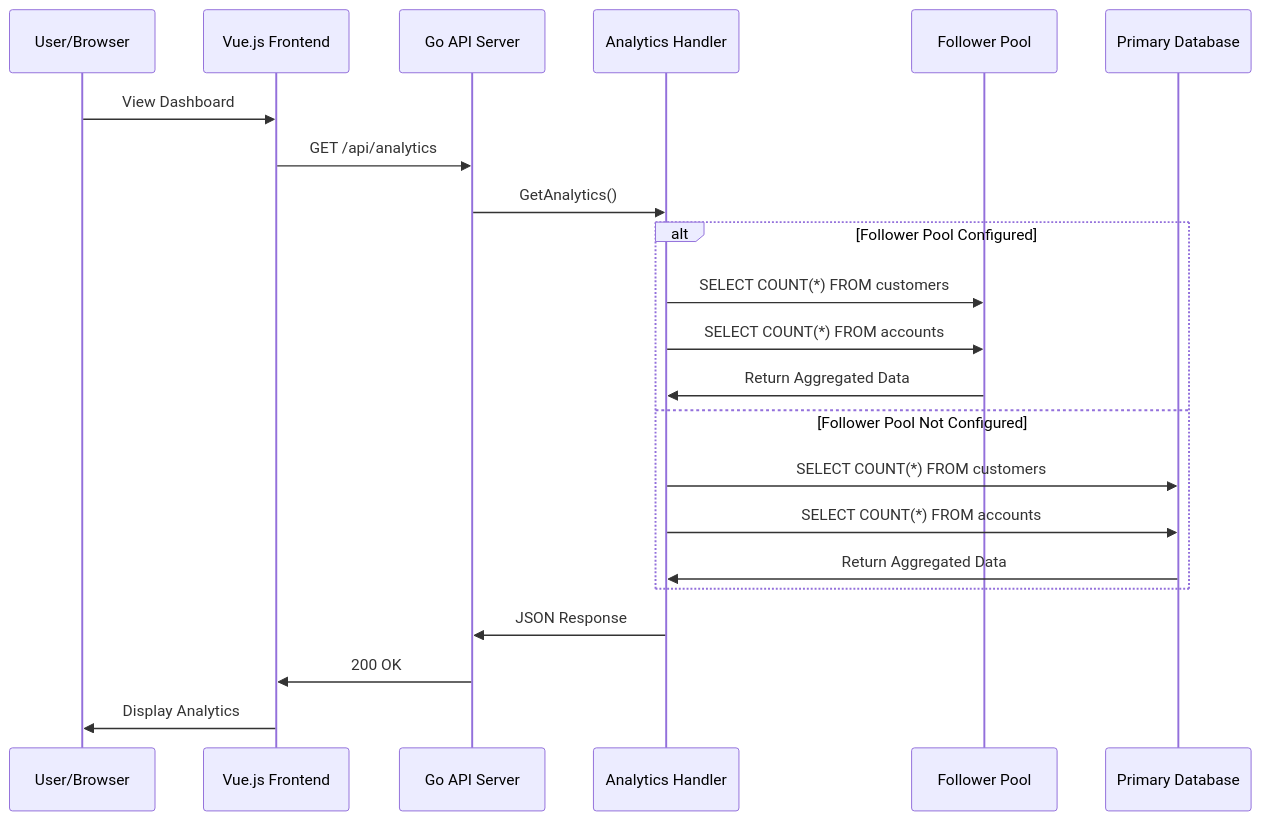
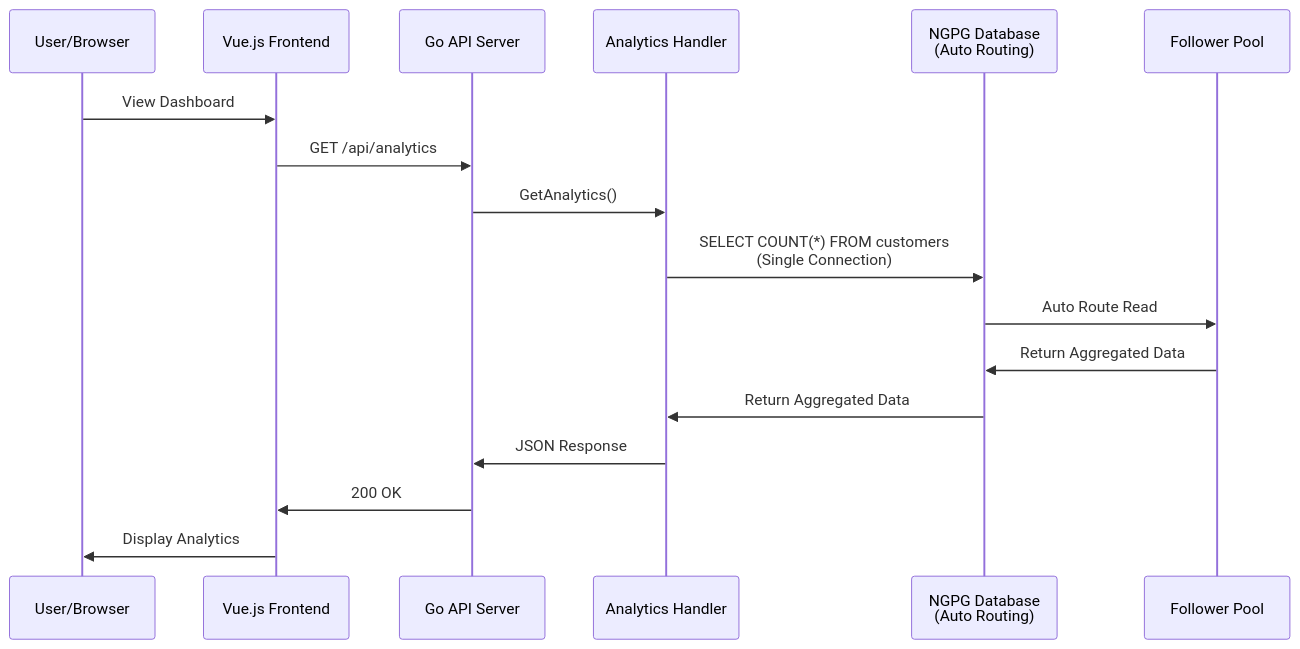
The tenth of 18 diagrams in ARCHITECTURE.md (heroku-examples/saas-go-app), drawn with Mermaid before and after one commit. The commit also changed other lines of this file, not shown here.

````diff
--- a/ARCHITECTURE.md
+++ b/ARCHITECTURE.md
@@ -365,27 +444,22 @@
 ```mermaid
 sequenceDiagram
     participant User as User/Browser
     participant Frontend as Vue.js Frontend
     participant API as Go API Server
     participant Handler as Analytics Handler
-    participant FollowerDB as Follower Pool
-    participant PrimaryDB as Primary Database
+    participant NGPG as NGPG Database<br/>(Auto Routing)
+    participant Follower as Follower Pool
     
     User->>Frontend: View Dashboard
     Frontend->>API: GET /api/analytics
     API->>Handler: GetAnalytics()
     
-    alt Follower Pool Configured
-        Handler->>FollowerDB: SELECT COUNT(*) FROM customers
-        Handler->>FollowerDB: SELECT COUNT(*) FROM accounts
-        FollowerDB->>Handler: Return Aggregated Data
-    else Follower Pool Not Configured
-        Handler->>PrimaryDB: SELECT COUNT(*) FROM customers
-        Handler->>PrimaryDB: SELECT COUNT(*) FROM accounts
-        PrimaryDB->>Handler: Return Aggregated Data
-    end
+    Handler->>NGPG: SELECT COUNT(*) FROM customers<br/>(Single Connection)
+    NGPG->>Follower: Auto Route Read
+    Follower->>NGPG: Return Aggregated Data
+    NGPG->>Handler: Return Aggregated Data
     
     Handler->>API: JSON Response
     API->>Frontend: 200 OK
     Frontend->>User: Display Analytics
 ```
````
